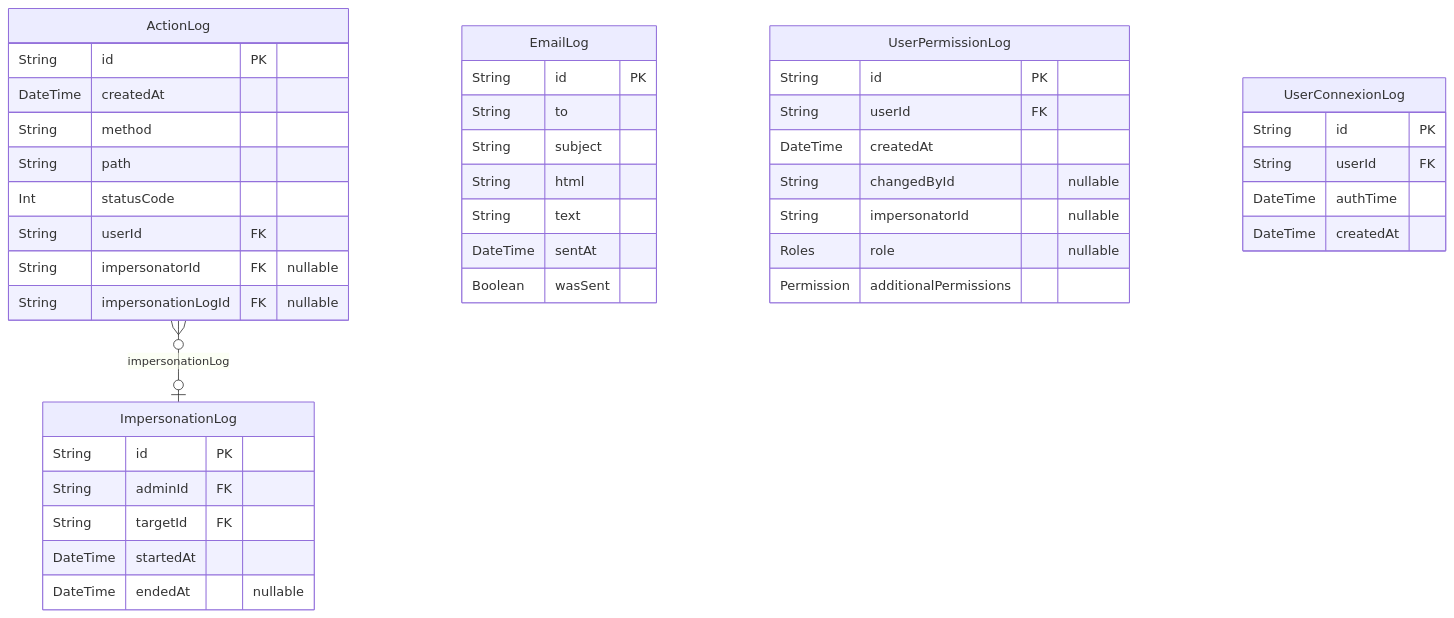
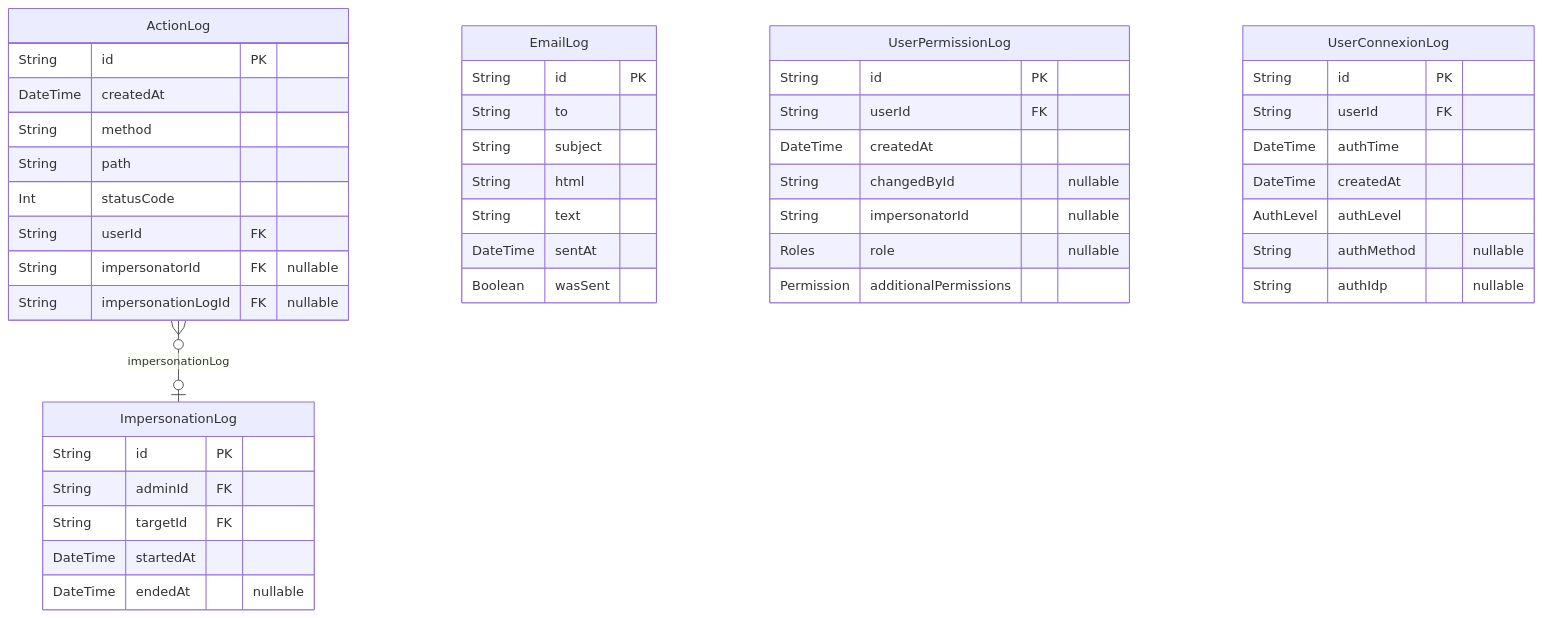
Before and after one commit to dnum-mi/referentiel-applications: diagram 15 of 15 in backend/prisma/docs/schema.md, drawn with Mermaid. The commit also changed other lines of this file and 39 other files, not shown here.

````diff
--- a/backend/prisma/docs/schema.md
+++ b/backend/prisma/docs/schema.md
@@ -1351,45 +1351,48 @@
 ```mermaid
 erDiagram
 "ActionLog" {
   String id PK
   DateTime createdAt
   String method
   String path
   Int statusCode
   String userId FK
   String impersonatorId FK "nullable"
   String impersonationLogId FK "nullable"
 }
 "EmailLog" {
   String id PK
   String to
   String subject
   String html
   String text
   DateTime sentAt
   Boolean wasSent
 }
 "UserPermissionLog" {
   String id PK
   String userId FK
   DateTime createdAt
   String changedById "nullable"
   String impersonatorId "nullable"
   Roles role "nullable"
   Permission additionalPermissions
 }
 "UserConnexionLog" {
   String id PK
   String userId FK
   DateTime authTime
   DateTime createdAt
+  AuthLevel authLevel
+  String authMethod "nullable"
+  String authIdp "nullable"
 }
 "ImpersonationLog" {
   String id PK
   String adminId FK
   String targetId FK
   DateTime startedAt
   DateTime endedAt "nullable"
 }
 "ActionLog" }o--o| "ImpersonationLog" : impersonationLog
 ```
````
